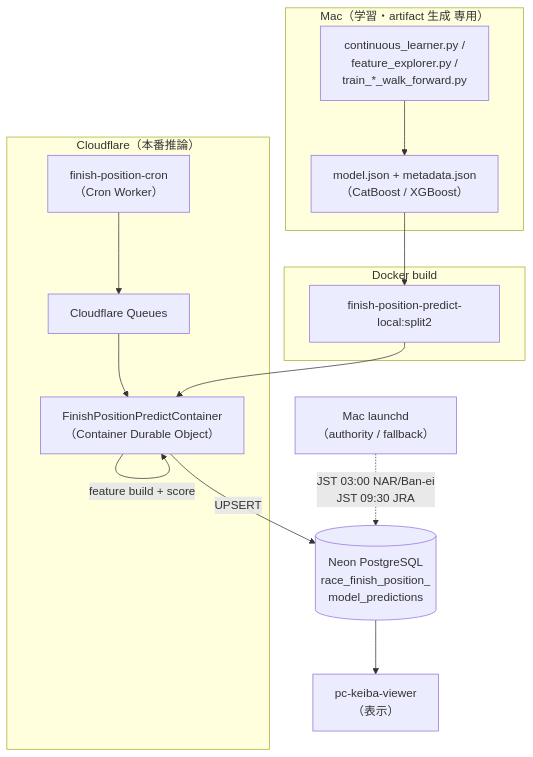
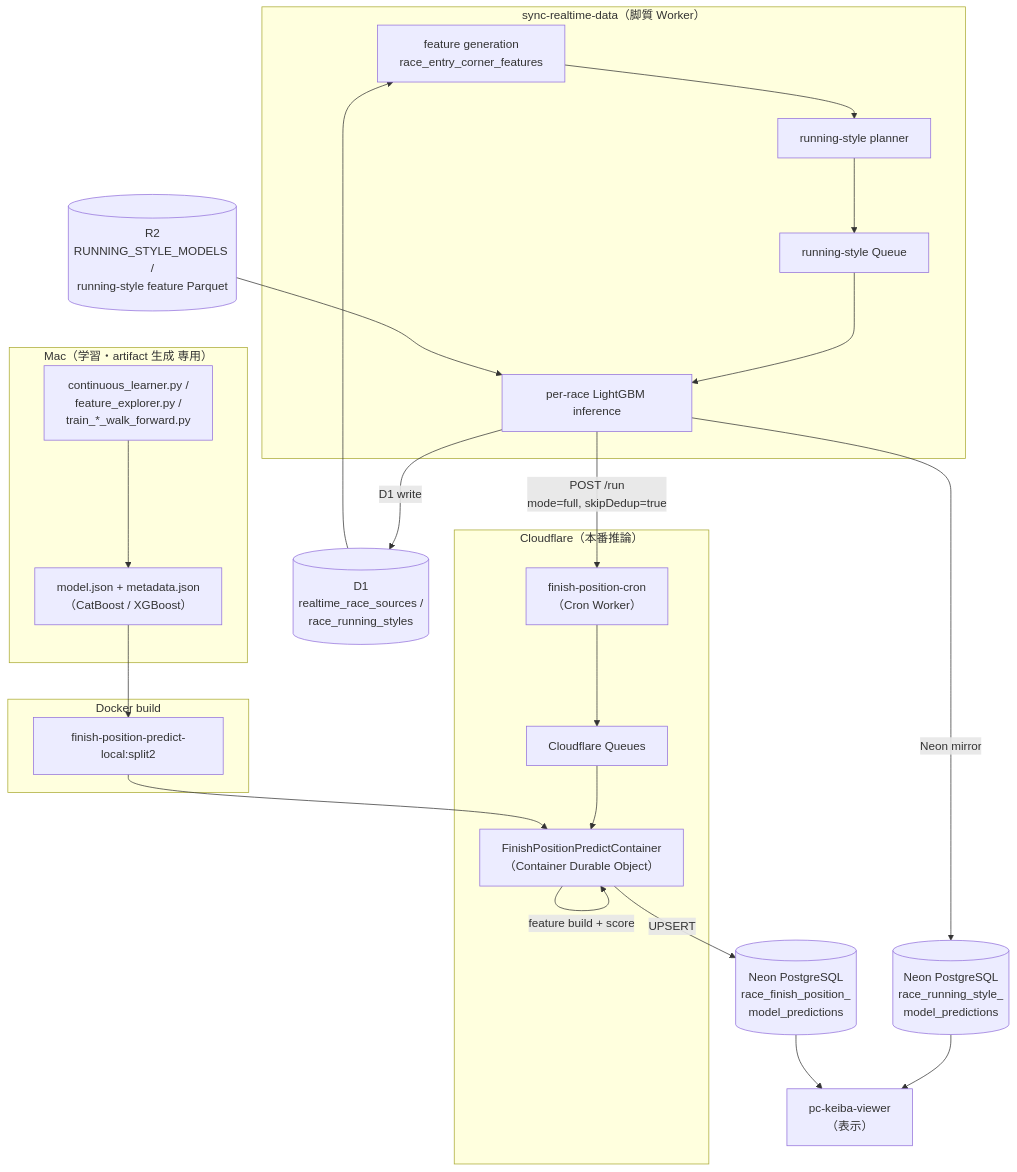
One commit to kkkaoru/horse-racing-data changed the first of 10 diagrams in docs/finish-position-prediction-system.md. Above: the diagram before and after it, drawn with Mermaid. The commit also changed other lines of this file and 16 other files, not shown here.

````diff
--- a/docs/finish-position-prediction-system.md
+++ b/docs/finish-position-prediction-system.md
@@ -20,31 +22,45 @@
 ```mermaid
 flowchart TB
     subgraph MAC["Mac（学習・artifact 生成 専用）"]
         TRAIN["continuous_learner.py /<br/>feature_explorer.py /<br/>train_*_walk_forward.py"]
         ARTI["model.json + metadata.json<br/>（CatBoost / XGBoost）"]
         TRAIN --> ARTI
     end
 
     subgraph BUILD["Docker build"]
         IMG["finish-position-predict-local:split2"]
     end
 
+    subgraph RT["sync-realtime-data（脚質 Worker）"]
+        FEAT["feature generation<br/>race_entry_corner_features"]
+        RSPLAN["running-style planner"]
+        RSQUEUE["running-style Queue"]
+        RSINFER["per-race LightGBM inference"]
+        FEAT --> RSPLAN --> RSQUEUE --> RSINFER
+    end
+
     subgraph CF["Cloudflare（本番推論）"]
         CRON["finish-position-cron<br/>（Cron Worker）"]
         QUEUE["Cloudflare Queues"]
         DO["FinishPositionPredictContainer<br/>（Container Durable Object）"]
         CRON --> QUEUE --> DO
     end
 
+    D1[("D1<br/>realtime_race_sources /<br/>race_running_styles")]
+    R2RS[("R2<br/>RUNNING_STYLE_MODELS /<br/>running-style feature Parquet")]
+    NEONRS[("Neon PostgreSQL<br/>race_running_style_<br/>model_predictions")]
     NEON[("Neon PostgreSQL<br/>race_finish_position_<br/>model_predictions")]
     VIEWER["pc-keiba-viewer<br/>（表示）"]
 
+    D1 --> FEAT
+    R2RS --> RSINFER
+    RSINFER -->|"D1 write"| D1
+    RSINFER -->|"Neon mirror"| NEONRS
+    RSINFER -->|"POST /run<br/>mode=full, skipDedup=true"| CRON
     ARTI --> IMG
     IMG --> DO
     DO -->|"feature build + score"| DO
     DO -->|"UPSERT"| NEON
+    NEONRS --> VIEWER
     NEON --> VIEWER
-
-    MACLAUNCHD["Mac launchd<br/>（authority / fallback）"]
-    MACLAUNCHD -.->|"JST 03:00 NAR/Ban-ei<br/>JST 09:30 JRA"| NEON
 ```
````
